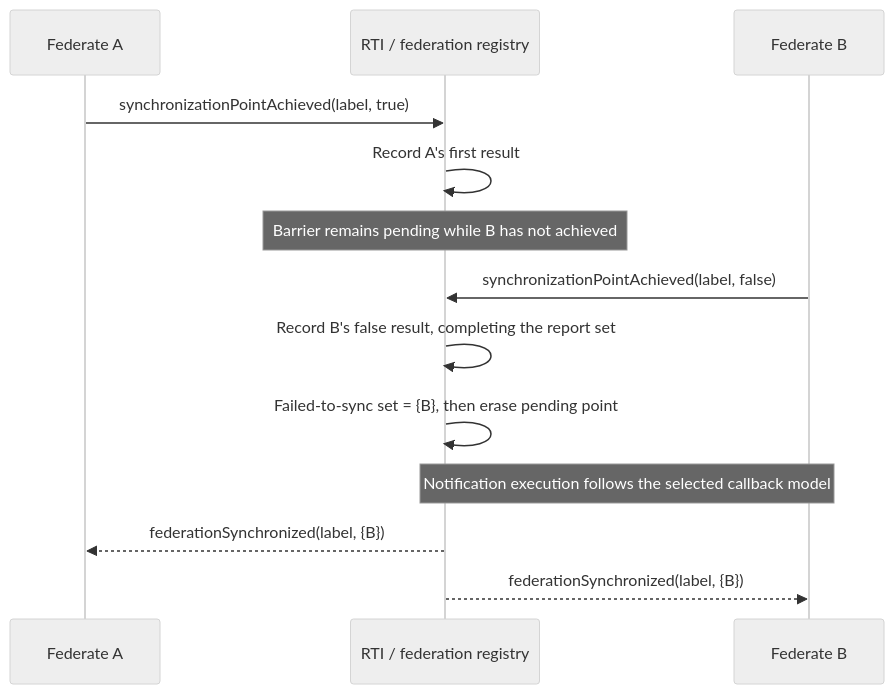
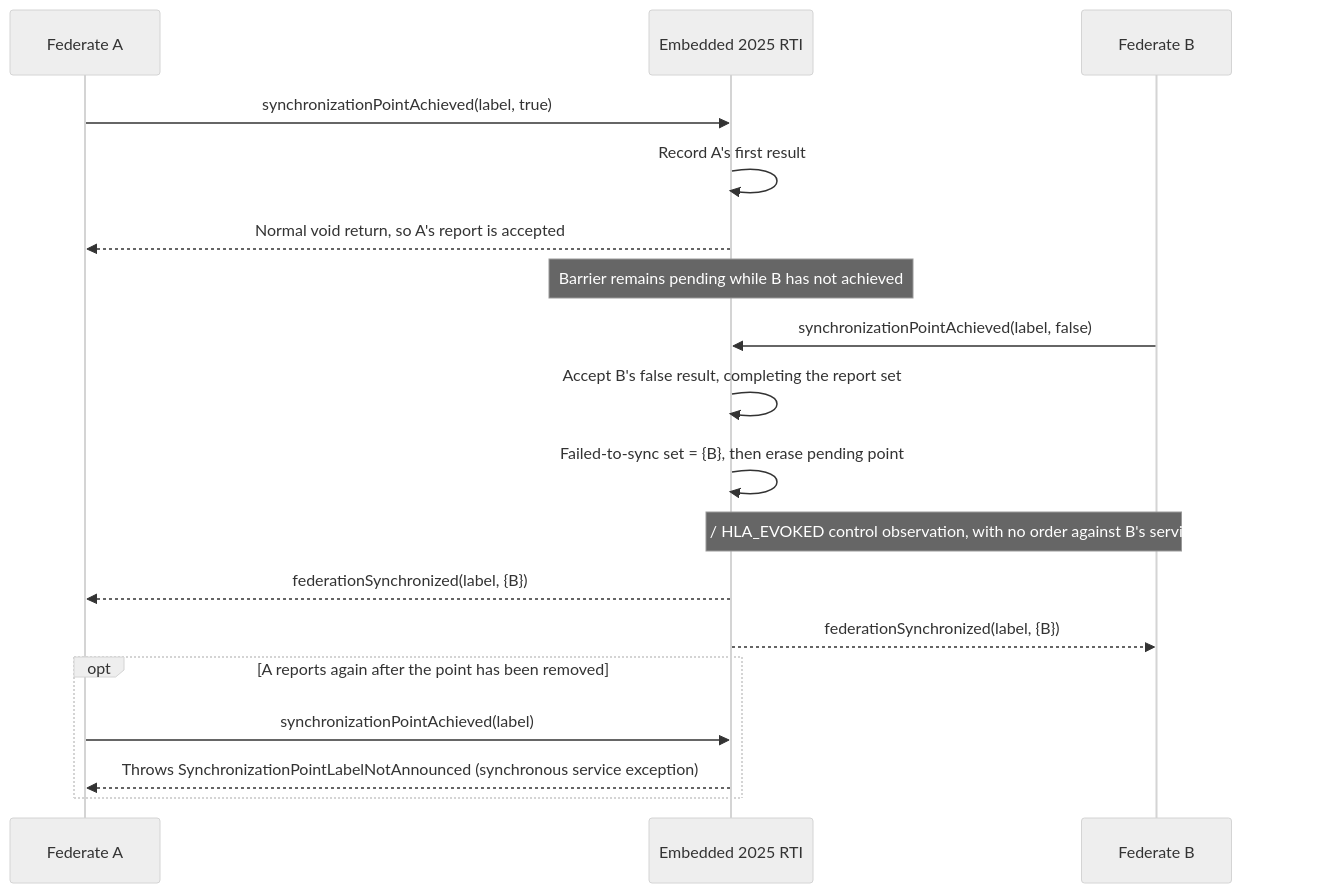
One commit to sheepfling/umbra changed the sixth of 7 diagrams in docs/design/HLA-2025-FEDERATION-SYNCHRONIZATION-FLOW-GUIDE.md. Above: the diagram before and after it, drawn with Mermaid (neutral theme). The commit also changed other lines of this file and 822 other files, not shown here.

````diff
--- a/docs/design/HLA-2025-FEDERATION-SYNCHRONIZATION-FLOW-GUIDE.md
+++ b/docs/design/HLA-2025-FEDERATION-SYNCHRONIZATION-FLOW-GUIDE.md
@@ -145,15 +327,20 @@
 ```mermaid
 sequenceDiagram
   participant A as Federate A
-  participant RTI as RTI / federation registry
+  participant RTI as Embedded 2025 RTI
   participant B as Federate B
   A->>RTI: synchronizationPointAchieved(label, true)
   RTI->>RTI: Record A's first result
+  RTI-->>A: Normal void return, so A's report is accepted
   Note over RTI: Barrier remains pending while B has not achieved
   B->>RTI: synchronizationPointAchieved(label, false)
-  RTI->>RTI: Record B's false result, completing the report set
+  RTI->>RTI: Accept B's false result, completing the report set
   RTI->>RTI: Failed-to-sync set = {B}, then erase pending point
-  Note over RTI,B: Notification execution follows the selected callback model
+  Note over RTI,B: HLA_IMMEDIATE / HLA_EVOKED control observation, with no order against B's service return asserted
   RTI-->>A: federationSynchronized(label, {B})
   RTI-->>B: federationSynchronized(label, {B})
+  opt A reports again after the point has been removed
+    A->>RTI: synchronizationPointAchieved(label)
+    RTI-->>A: Throws SynchronizationPointLabelNotAnnounced (synchronous service exception)
+  end
 ```
````
